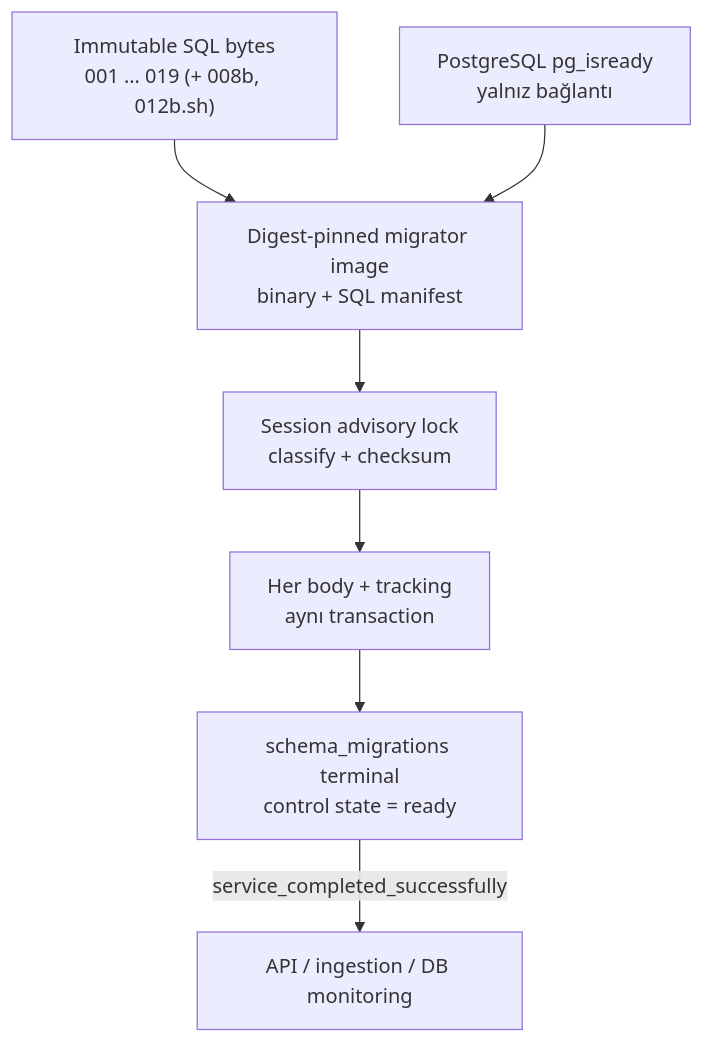
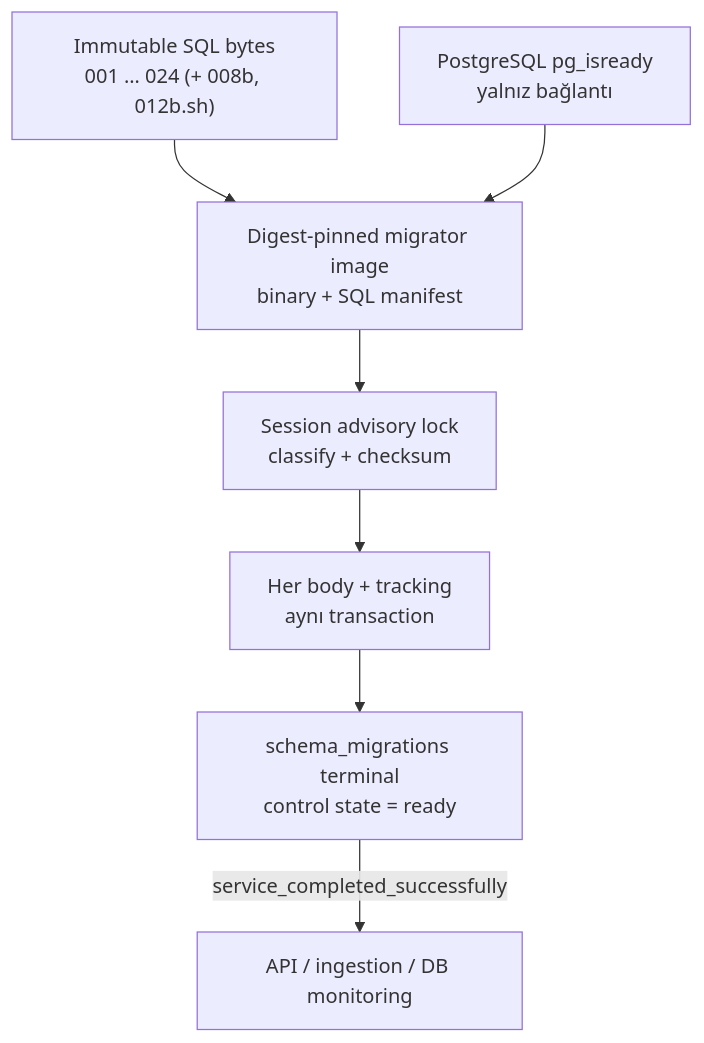
Before and after one commit to cemililik/Saydin.Services: the diagram in docs/architecture/database-schema.md, drawn with Mermaid. The commit also changed other lines of this file and 397 other files, not shown here.

````diff
--- a/docs/architecture/database-schema.md
+++ b/docs/architecture/database-schema.md
@@ -46,15 +47,15 @@
 ```mermaid
 flowchart TD
-    SQL["Immutable SQL bytes<br/>001 … 019 (+ 008b, 012b.sh)"]
+    SQL["Immutable SQL bytes<br/>001 … 024 (+ 008b, 012b.sh)"]
     IMAGE["Digest-pinned migrator image<br/>binary + SQL manifest"]
     PG["PostgreSQL pg_isready<br/>yalnız bağlantı"]
     LOCK["Session advisory lock<br/>classify + checksum"]
     TX["Her body + tracking<br/>aynı transaction"]
     READY["schema_migrations terminal<br/>control state = ready"]
     APPS["API / ingestion / DB monitoring"]
 
     SQL --> IMAGE
     PG --> IMAGE
     IMAGE --> LOCK --> TX --> READY
     READY -->|"service_completed_successfully"| APPS
 ```
````
